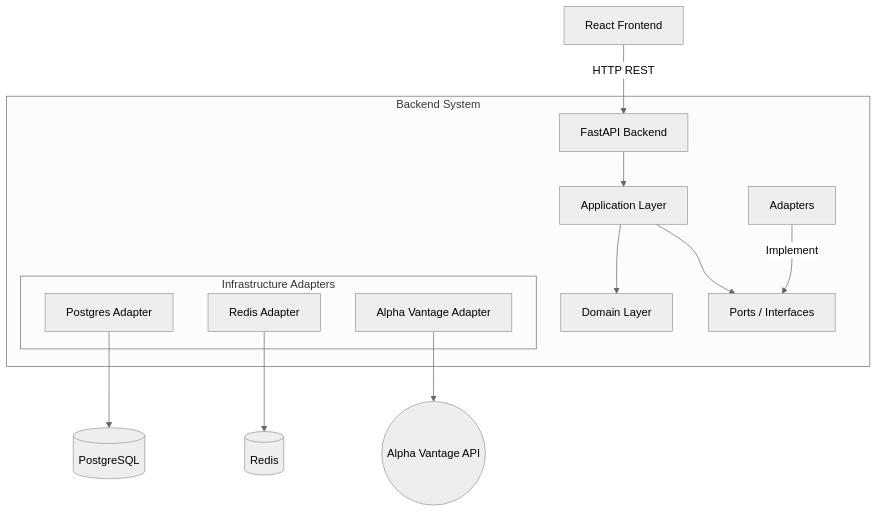
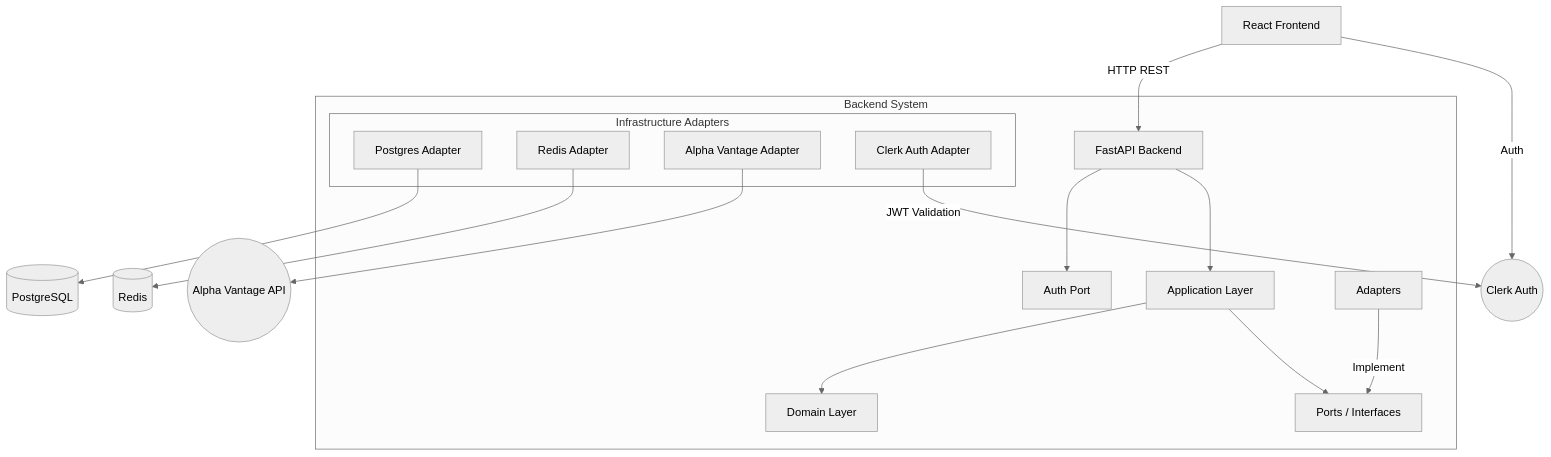
The diagram in docs/architecture/README.md (TimChild/PaperTrade), drawn with Mermaid (neutral theme) before and after one commit. The commit also changed other lines of this file and 5 other files, not shown here.

First line of the commit message:
docs: reality-check audit of architecture and planning docs

````diff
--- a/docs/architecture/README.md
+++ b/docs/architecture/README.md
@@ -7,23 +7,27 @@
 ```mermaid
 graph TD
     Client[React Frontend] -->|HTTP REST| API[FastAPI Backend]
+    Client -->|Auth| Clerk((Clerk Auth))
 
     subgraph "Backend System"
+        API --> AuthPort[Auth Port]
         API --> UseCases[Application Layer]
         UseCases --> Domain[Domain Layer]
 
         UseCases --> Ports[Ports / Interfaces]
 
         Adapters -->|Implement| Ports
 
         subgraph "Infrastructure Adapters"
             PG[Postgres Adapter]
             Redis[Redis Adapter]
             Alpha[Alpha Vantage Adapter]
+            ClerkAdapter[Clerk Auth Adapter]
         end
     end
 
+    ClerkAdapter -->|JWT Validation| Clerk
     PG --> Database[(PostgreSQL)]
     Redis --> Cache[(Redis)]
     Alpha --> MarketData((Alpha Vantage API))
 ```
````
